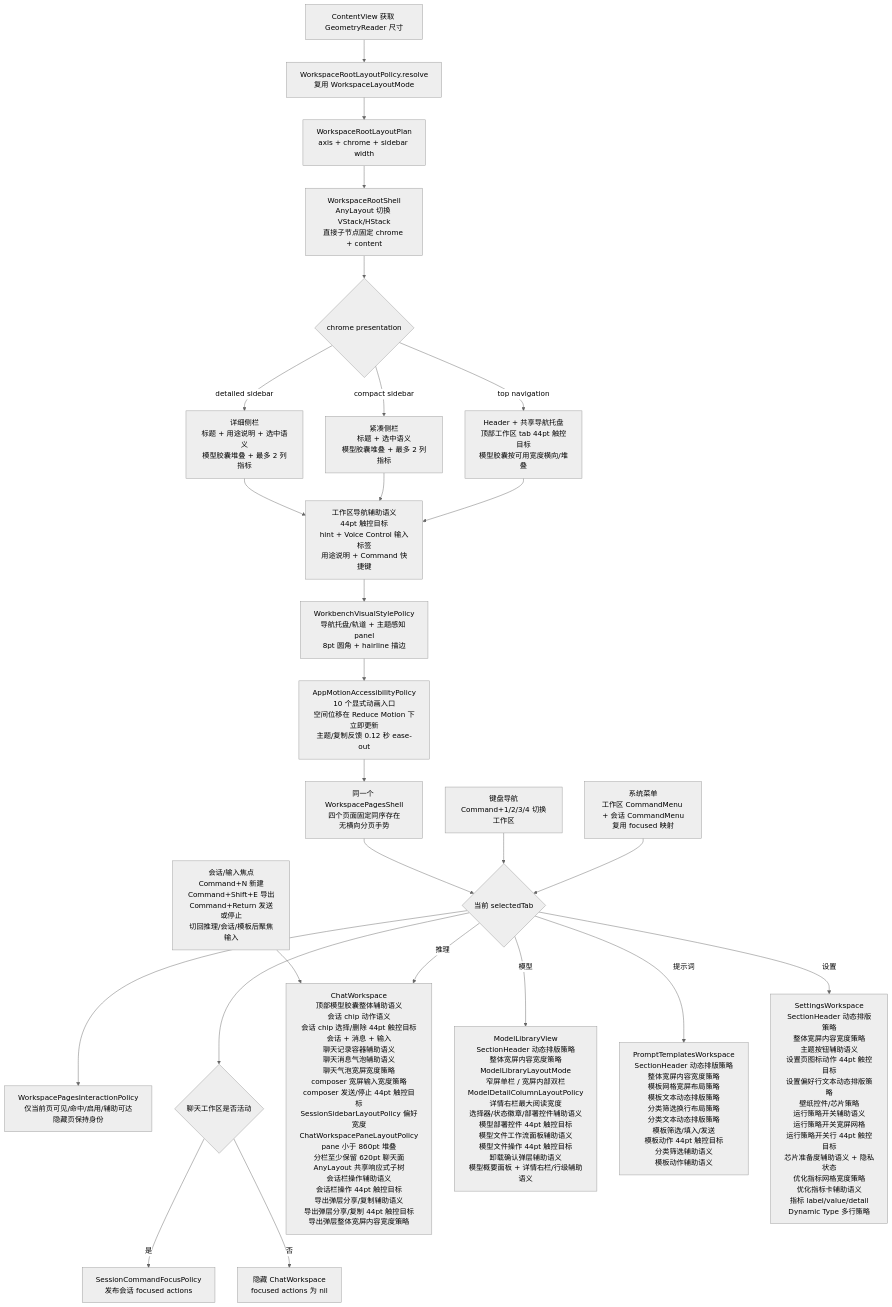
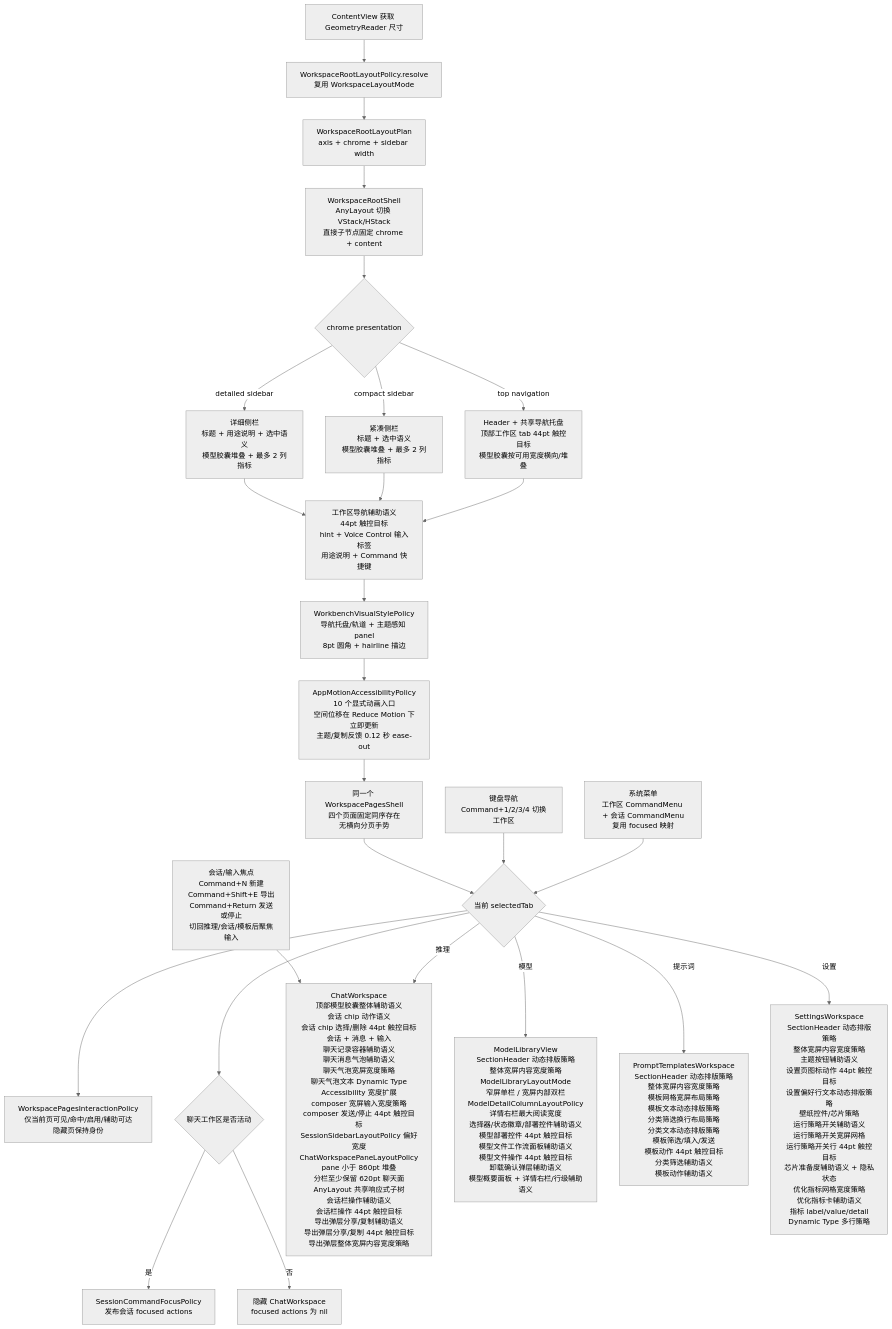
One commit to Altman-sam114/113 changed the fifth of 10 diagrams in md/flow/flowchart.md. Above: the diagram before and after it, drawn with Mermaid (neutral theme). The commit also changed 8 other files, not shown here.

````diff
--- a/md/flow/flowchart.md
+++ b/md/flow/flowchart.md
@@ -94,28 +94,28 @@
 ```mermaid
 flowchart TD
     A[ContentView 获取 GeometryReader 尺寸] --> B[WorkspaceRootLayoutPolicy.resolve<br/>复用 WorkspaceLayoutMode]
     B --> C[WorkspaceRootLayoutPlan<br/>axis + chrome + sidebar width]
     C --> D[WorkspaceRootShell<br/>AnyLayout 切换 VStack/HStack<br/>直接子节点固定 chrome + content]
     D --> E{chrome presentation}
     E -- top navigation --> N[Header + 共享导航托盘<br/>顶部工作区 tab 44pt 触控目标<br/>模型胶囊按可用宽度横向/堆叠]
     E -- detailed sidebar --> O[详细侧栏<br/>标题 + 用途说明 + 选中语义<br/>模型胶囊堆叠 + 最多 2 列指标]
     E -- compact sidebar --> P[紧凑侧栏<br/>标题 + 选中语义<br/>模型胶囊堆叠 + 最多 2 列指标]
     O --> X[工作区导航辅助语义<br/>44pt 触控目标<br/>hint + Voice Control 输入标签<br/>用途说明 + Command 快捷键]
     P --> X
     X --> V[WorkbenchVisualStylePolicy<br/>导航托盘/轨道 + 主题感知 panel<br/>8pt 圆角 + hairline 描边]
     V --> R[AppMotionAccessibilityPolicy<br/>10 个显式动画入口<br/>空间位移在 Reduce Motion 下立即更新<br/>主题/复制反馈 0.12 秒 ease-out]
     R --> T[同一个 WorkspacePagesShell<br/>四个页面固定同序存在<br/>无横向分页手势]
     N --> X
     T --> F{当前 selectedTab}
     F --> Y[WorkspacePagesInteractionPolicy<br/>仅当前页可见/命中/启用/辅助可达<br/>隐藏页保持身份]
     K[键盘导航<br/>Command+1/2/3/4 切换工作区] --> F
     M[系统菜单<br/>工作区 CommandMenu + 会话 CommandMenu<br/>复用 focused 映射] --> F
     F --> Q{聊天工作区是否活动}
     Q -- 是 --> S[SessionCommandFocusPolicy<br/>发布会话 focused actions]
     Q -- 否 --> U[隐藏 ChatWorkspace<br/>focused actions 为 nil]
     L[会话/输入焦点<br/>Command+N 新建<br/>Command+Shift+E 导出<br/>Command+Return 发送或停止<br/>切回推理/会话/模板后聚焦输入] --> G
-    F -- 推理 --> G[ChatWorkspace<br/>顶部模型胶囊整体辅助语义<br/>会话 chip 动作语义<br/>会话 chip 选择/删除 44pt 触控目标<br/>会话 + 消息 + 输入<br/>聊天记录容器辅助语义<br/>聊天消息气泡辅助语义<br/>聊天气泡宽屏宽度策略<br/>composer 宽屏输入宽度策略<br/>composer 发送/停止 44pt 触控目标<br/>SessionSidebarLayoutPolicy 偏好宽度<br/>ChatWorkspacePaneLayoutPolicy<br/>pane 小于 860pt 堆叠<br/>分栏至少保留 620pt 聊天面<br/>AnyLayout 共享响应式子树<br/>会话栏操作辅助语义<br/>会话栏操作 44pt 触控目标<br/>导出弹层分享/复制辅助语义<br/>导出弹层分享/复制 44pt 触控目标<br/>导出弹层整体宽屏内容宽度策略]
+    F -- 推理 --> G[ChatWorkspace<br/>顶部模型胶囊整体辅助语义<br/>会话 chip 动作语义<br/>会话 chip 选择/删除 44pt 触控目标<br/>会话 + 消息 + 输入<br/>聊天记录容器辅助语义<br/>聊天消息气泡辅助语义<br/>聊天气泡宽屏宽度策略<br/>聊天气泡文本 Dynamic Type<br/>Accessibility 宽度扩展<br/>composer 宽屏输入宽度策略<br/>composer 发送/停止 44pt 触控目标<br/>SessionSidebarLayoutPolicy 偏好宽度<br/>ChatWorkspacePaneLayoutPolicy<br/>pane 小于 860pt 堆叠<br/>分栏至少保留 620pt 聊天面<br/>AnyLayout 共享响应式子树<br/>会话栏操作辅助语义<br/>会话栏操作 44pt 触控目标<br/>导出弹层分享/复制辅助语义<br/>导出弹层分享/复制 44pt 触控目标<br/>导出弹层整体宽屏内容宽度策略]
     F -- 模型 --> H[ModelLibraryView<br/>SectionHeader 动态排版策略<br/>整体宽屏内容宽度策略<br/>ModelLibraryLayoutMode<br/>窄屏单栏 / 宽屏内部双栏<br/>ModelDetailColumnLayoutPolicy<br/>详情右栏最大阅读宽度<br/>选择器/状态徽章/部署控件辅助语义<br/>模型部署控件 44pt 触控目标<br/>模型文件工作流面板辅助语义<br/>模型文件操作 44pt 触控目标<br/>卸载确认弹层辅助语义<br/>模型概要面板 + 详情右栏/行级辅助语义]
     F -- 提示词 --> I[PromptTemplatesWorkspace<br/>SectionHeader 动态排版策略<br/>整体宽屏内容宽度策略<br/>模板网格宽屏布局策略<br/>模板文本动态排版策略<br/>分类筛选换行布局策略<br/>分类文本动态排版策略<br/>模板筛选/填入/发送<br/>模板动作 44pt 触控目标<br/>分类筛选辅助语义<br/>模板动作辅助语义]
     F -- 设置 --> J[SettingsWorkspace<br/>SectionHeader 动态排版策略<br/>整体宽屏内容宽度策略<br/>主题按钮辅助语义<br/>设置页图标动作 44pt 触控目标<br/>设置偏好行文本动态排版策略<br/>壁纸控件/芯片策略<br/>运行策略开关辅助语义<br/>运行策略开关宽屏网格<br/>运行策略开关行 44pt 触控目标<br/>芯片准备度辅助语义 + 隐私状态<br/>优化指标网格宽度策略<br/>优化指标卡辅助语义<br/>指标 label/value/detail<br/>Dynamic Type 多行策略]
 ```
````
